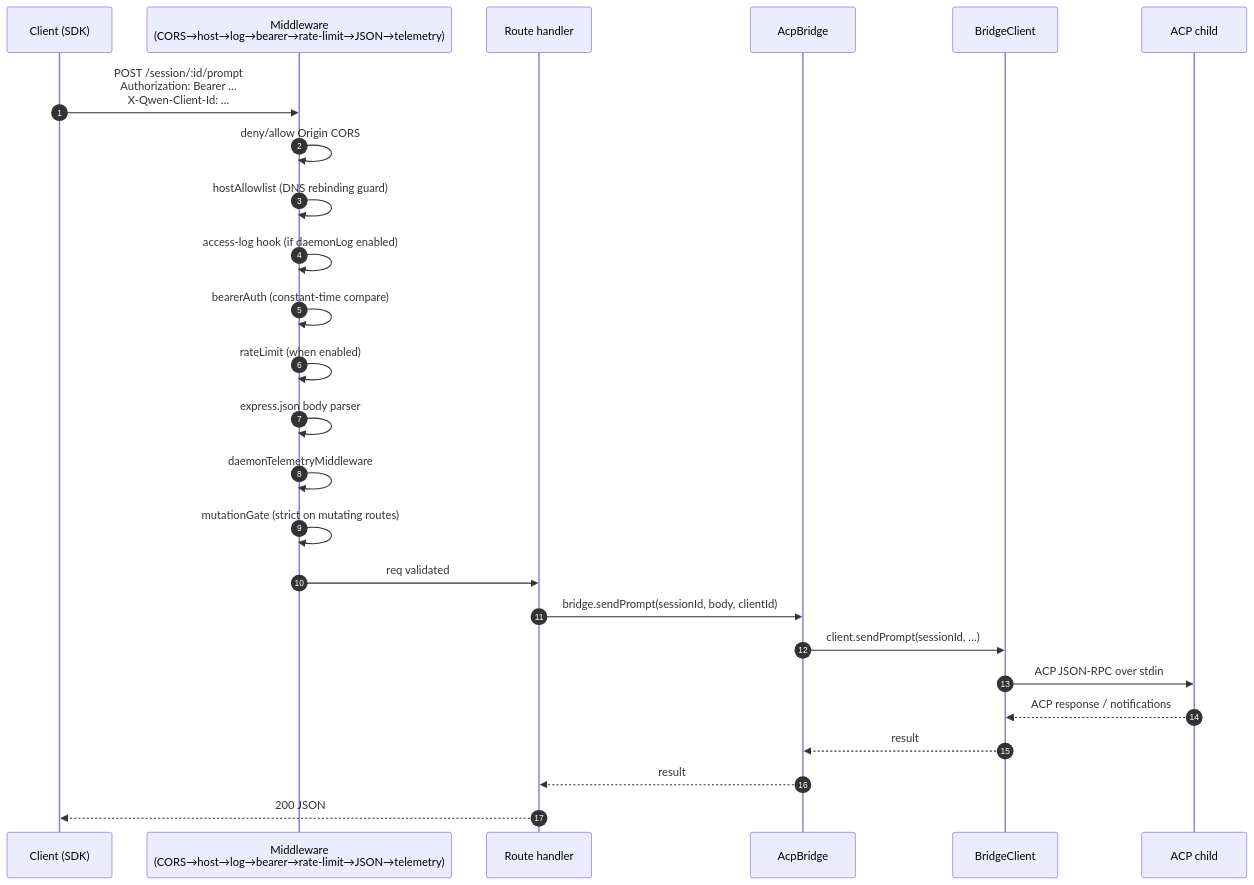
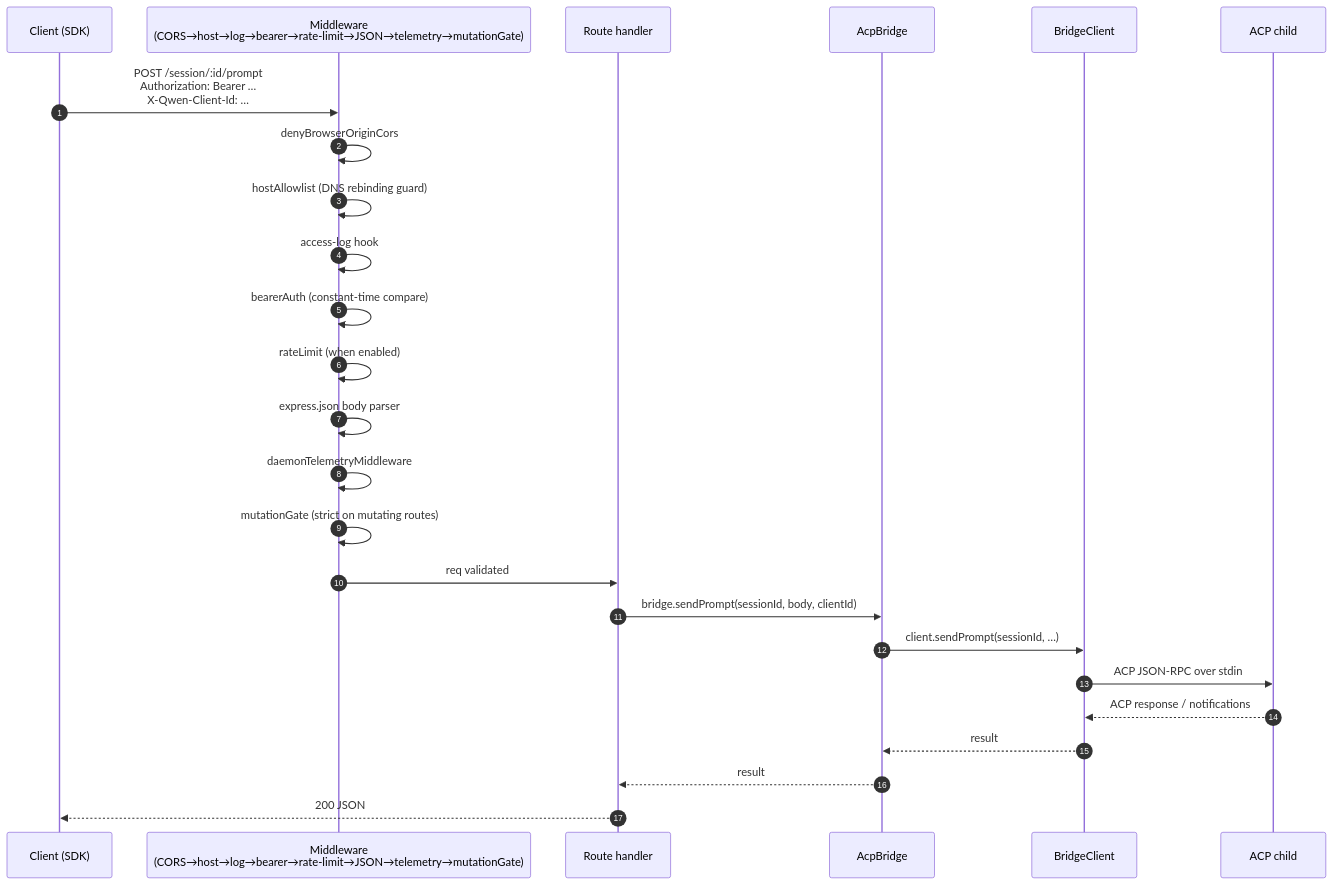
Before and after one commit to QwenLM/qwen-code: the third of 7 diagrams in docs/developers/daemon/01-architecture.md, drawn with Mermaid. The commit also changed other lines of this file and 25 other files, not shown here.

````diff
--- a/docs/developers/daemon/01-architecture.md
+++ b/docs/developers/daemon/01-architecture.md
@@ -153,28 +145,28 @@
 ```mermaid
 sequenceDiagram
     autonumber
     participant C as Client (SDK)
-    participant MW as Middleware<br/>(CORS→host→log→bearer→rate-limit→JSON→telemetry)
+    participant MW as Middleware<br/>(CORS→host→log→bearer→rate-limit→JSON→telemetry→mutationGate)
     participant R as Route handler
     participant BR as AcpBridge
     participant BC as BridgeClient
     participant CH as ACP child
 
     C->>MW: POST /session/:id/prompt<br/>Authorization: Bearer …<br/>X-Qwen-Client-Id: …
-    MW->>MW: deny/allow Origin CORS
+    MW->>MW: denyBrowserOriginCors
     MW->>MW: hostAllowlist (DNS rebinding guard)
-    MW->>MW: access-log hook (if daemonLog enabled)
+    MW->>MW: access-log hook
     MW->>MW: bearerAuth (constant-time compare)
     MW->>MW: rateLimit (when enabled)
     MW->>MW: express.json body parser
     MW->>MW: daemonTelemetryMiddleware
     MW->>MW: mutationGate (strict on mutating routes)
     MW->>R: req validated
     R->>BR: bridge.sendPrompt(sessionId, body, clientId)
     BR->>BC: client.sendPrompt(sessionId, …)
     BC->>CH: ACP JSON-RPC over stdin
     CH-->>BC: ACP response / notifications
     BC-->>BR: result
     BR-->>R: result
     R-->>C: 200 JSON
 ```
````
